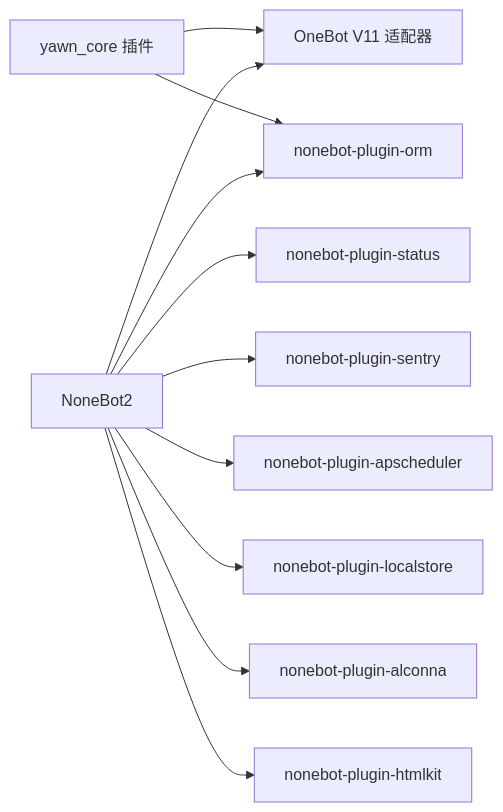
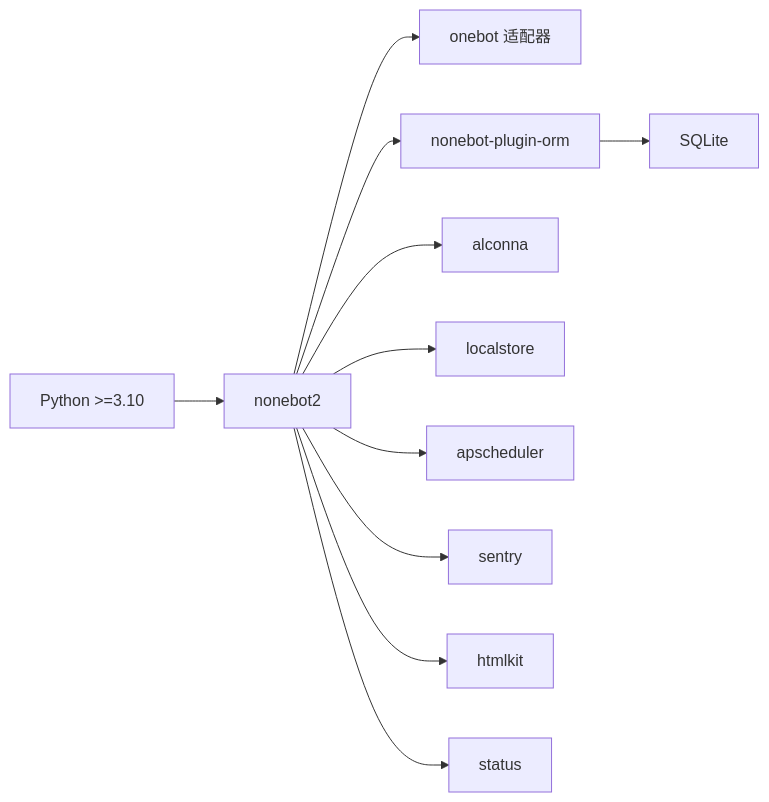
The sixth of 6 diagrams in .qoder/repowiki/zh/content/项目概述.md (Wohaokunr/yawn_bot), drawn with Mermaid before and after one commit. The commit also changed other lines of this file and 60 other files, not shown here.

````diff
--- a/.qoder/repowiki/zh/content/项目概述.md
+++ b/.qoder/repowiki/zh/content/项目概述.md
@@ -293,13 +282,13 @@
 ```mermaid
 graph LR
-NB["NoneBot2"] --> ONEBOT["OneBot V11 适配器"]
+PY["Python >=3.10"] --> NB["nonebot2"]
+NB --> ADP["onebot 适配器"]
 NB --> ORM["nonebot-plugin-orm"]
-NB --> STATUS["nonebot-plugin-status"]
-NB --> SENTRY["nonebot-plugin-sentry"]
-NB --> APS["nonebot-plugin-apscheduler"]
-NB --> LOCALSTORE["nonebot-plugin-localstore"]
-NB --> ALCONNA["nonebot-plugin-alconna"]
-NB --> HTMLKIT["nonebot-plugin-htmlkit"]
-YAWN["yawn_core 插件"] --> ORM
-YAWN --> ONEBOT
+ORM --> SQL["SQLite"]
+NB --> AL["alconna"]
+NB --> LS["localstore"]
+NB --> APS["apscheduler"]
+NB --> SEN["sentry"]
+NB --> HTML["htmlkit"]
+NB --> ST["status"]
 ```
````
